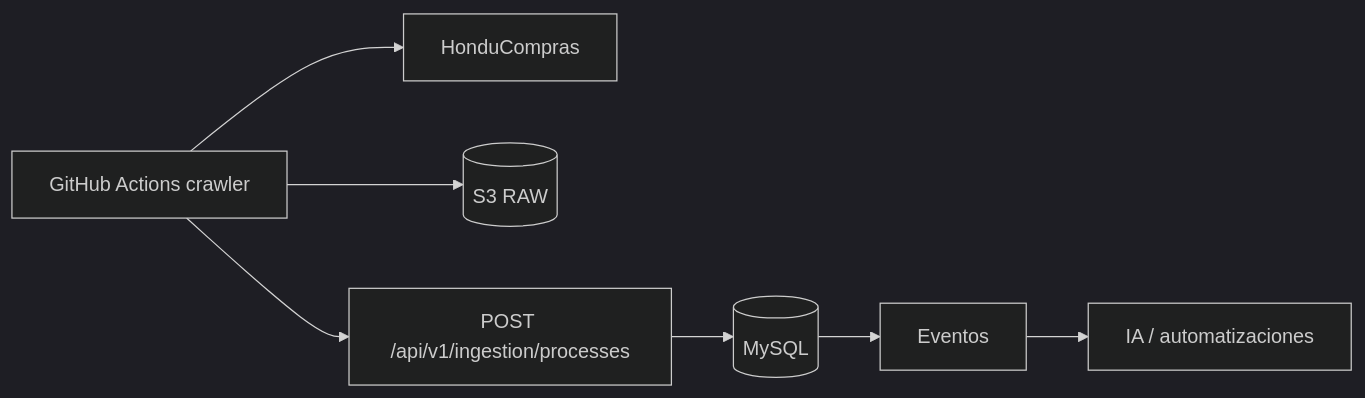
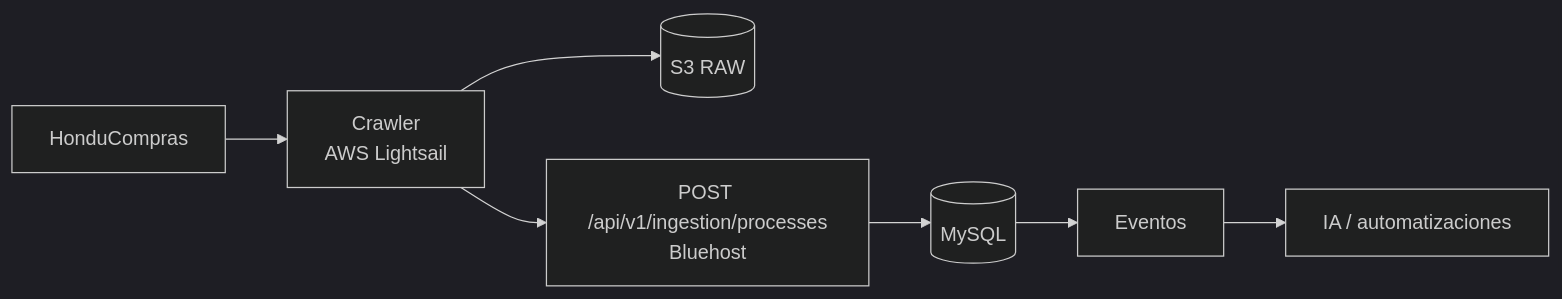
One commit to Ahcast/Bastion changed the diagram in bluehost/backend/app/Modules/Processes/LINEAMIENTOS.md. Above: the diagram before and after it, drawn with Mermaid (dark theme). The commit also changed other lines of this file, not shown here.

Commit message:
docs: corregir crawler de Procesos a Lightsail

````diff
--- a/bluehost/backend/app/Modules/Processes/LINEAMIENTOS.md
+++ b/bluehost/backend/app/Modules/Processes/LINEAMIENTOS.md
@@ -54,9 +13,9 @@
 ```mermaid
 flowchart LR
-    GH[GitHub Actions crawler] --> HC[HonduCompras]
-    GH --> S3[(S3 RAW)]
-    GH --> API[POST /api/v1/ingestion/processes]
-    API --> DB[(MySQL)]
-    DB --> EV[Eventos]
-    EV --> AI[IA / automatizaciones]
+    HC["HonduCompras"] --> CR["Crawler<br/>AWS Lightsail"]
+    CR --> S3[("S3 RAW")]
+    CR --> API["POST /api/v1/ingestion/processes<br/>Bluehost"]
+    API --> DB[("MySQL")]
+    DB --> EV["Eventos"]
+    EV --> AI["IA / automatizaciones"]
 ```
````
